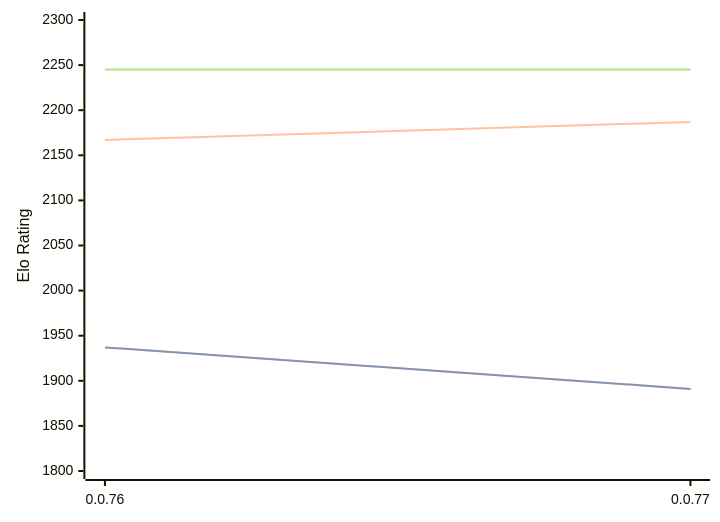
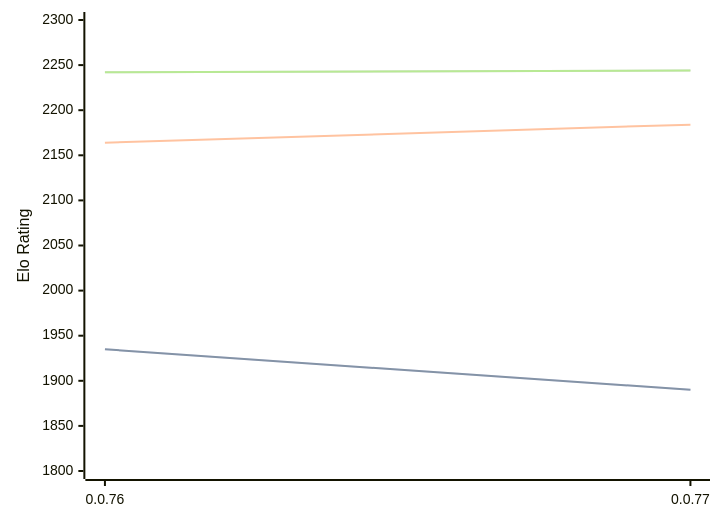
One commit to computer-chess-index/cci changed the diagram in engines/Fktb.md. Above: the diagram before and after it, drawn with Mermaid. The commit also changed other lines of this file, not shown here.

Commit message:
Update CCI Ratings (ELO VLTC) - 2026-04-01

````diff
--- a/engines/Fktb.md
+++ b/engines/Fktb.md
@@ -32,11 +32,11 @@
 ```mermaid
 %%{init: {"theme":"base","themeVariables":{"seriesColors:['#a3a3a3','#222221','#faa371']}}}%%
 xychart-beta
   x-axis ["0.0.76", "0.0.77"]
   y-axis "Elo Rating" 1800 --> 2300
-  line "STC (8.0+0.08s)" [1937, 1891]
-  line "STC (8.0+0.08s)" [1937, 1891]
-  line "LTC (60.0+0.60s)" [2167, 2187]
-  line "VLTC (2m24s+1.12s)" [2245, 2245]
-  line "VLTC (2m24s+1.12s)" [2245, 2245]
+  line "STC (8.0+0.08s)" [1935, 1890]
+  line "STC (8.0+0.08s)" [1935, 1890]
+  line "LTC (60.0+0.60s)" [2164, 2184]
+  line "VLTC (2m24s+1.12s)" [2242, 2244]
+  line "VLTC (2m24s+1.12s)" [2242, 2244]
 ```
````
